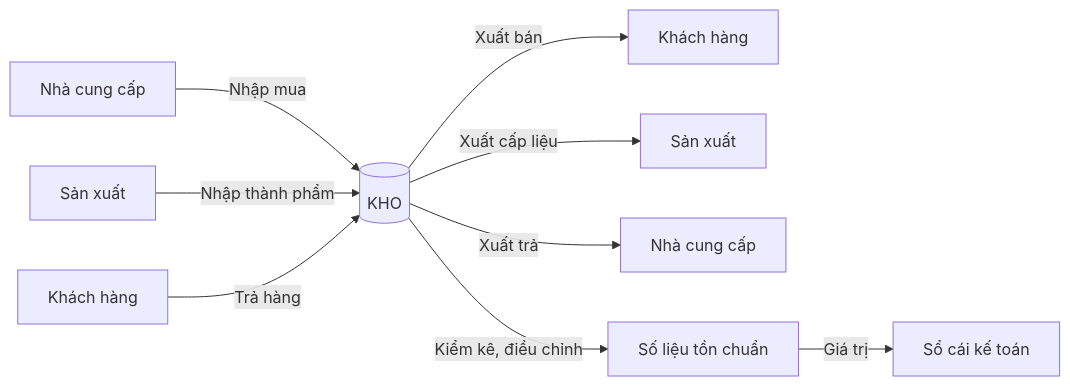
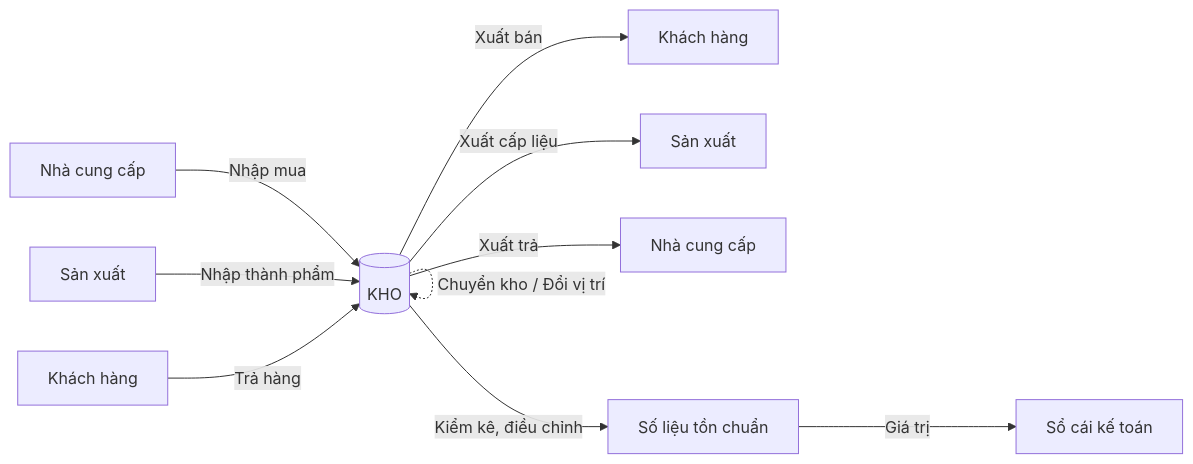
One commit to thanvanhai/thanvanhai.github.io changed the diagram in docs/erp-nghiep-vu/1-kho/0000-tong-quan-kho.md. Above: the diagram before and after it, drawn with Mermaid. The commit also changed other lines of this file and 44 other files, not shown here.

````diff
--- a/docs/erp-nghiep-vu/1-kho/0000-tong-quan-kho.md
+++ b/docs/erp-nghiep-vu/1-kho/0000-tong-quan-kho.md
@@ -29,12 +32,13 @@
 ```mermaid
 flowchart LR
     NCC["Nhà cung cấp"] -->|Nhập mua| KHO
     SX["Sản xuất"] -->|Nhập thành phẩm| KHO
     KH["Khách hàng"] -->|Trả hàng| KHO
     KHO[("KHO")]
+    KHO -.->|Chuyển kho / Đổi vị trí| KHO
     KHO -->|Xuất bán| KH2["Khách hàng"]
     KHO -->|Xuất cấp liệu| SX2["Sản xuất"]
     KHO -->|Xuất trả| NCC2["Nhà cung cấp"]
     KHO -->|Kiểm kê, điều chỉnh| SSOT["Số liệu tồn chuẩn"]
     SSOT -->|Giá trị| GL["Sổ cái kế toán"]
 ```
````
